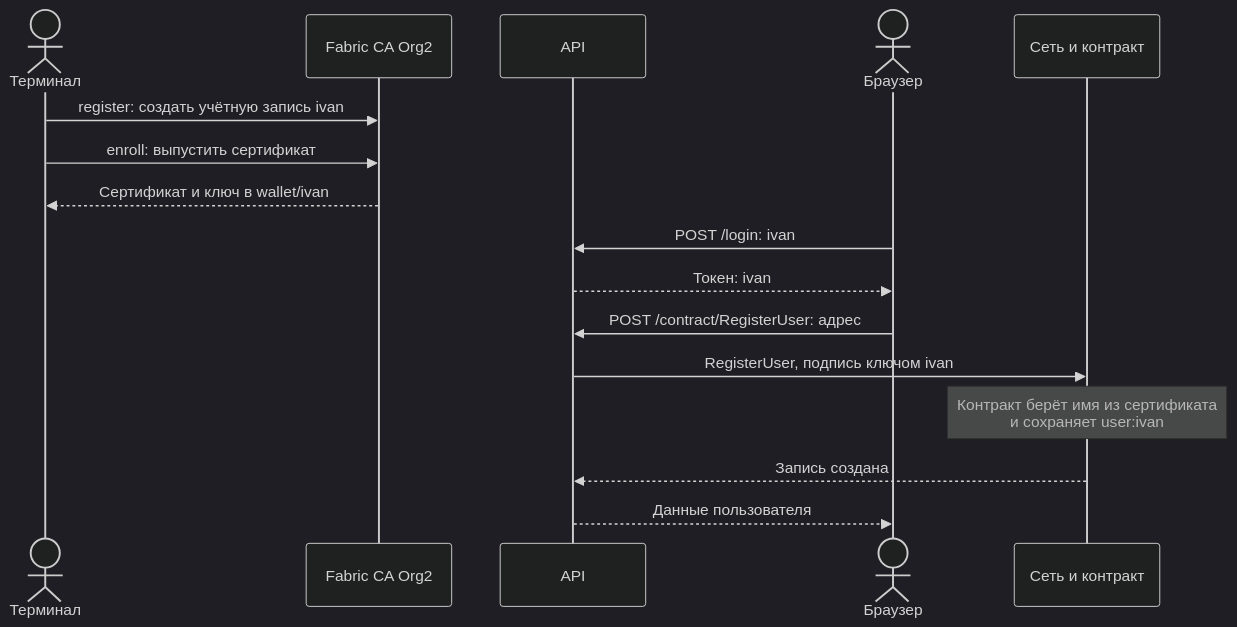
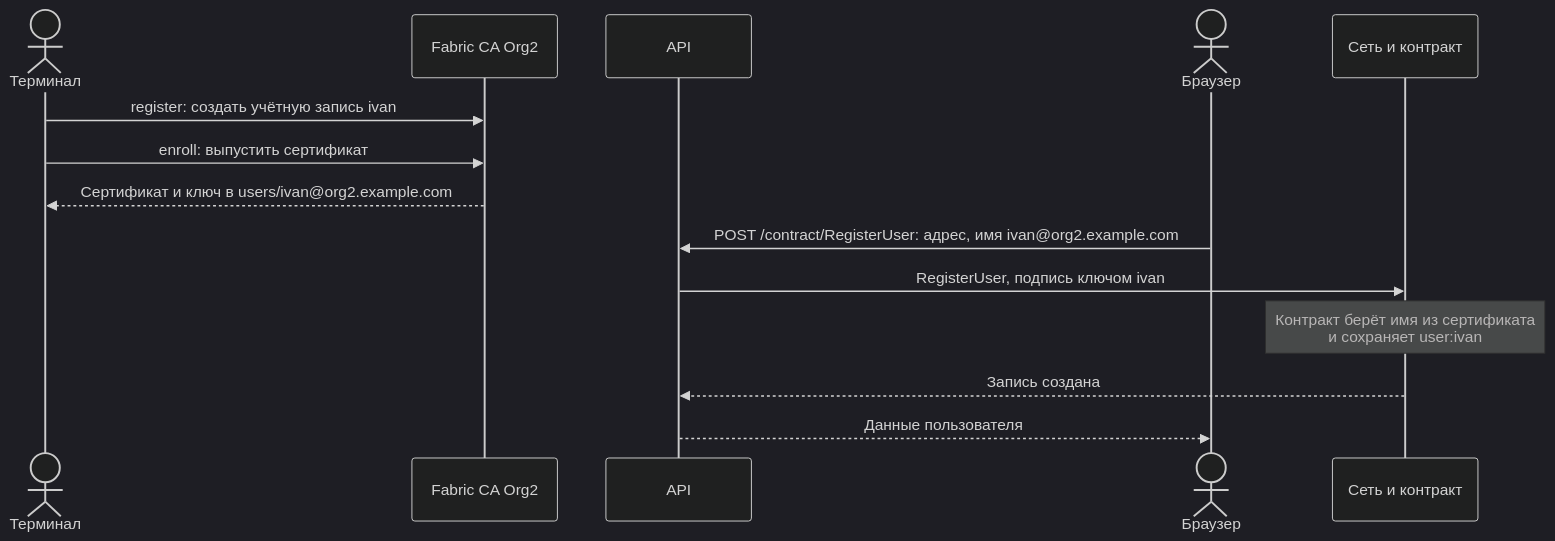
One commit to DmitroZubroni/HyperLadger-strust-and-start changed the sixth of 6 diagrams in ARCHITECTURE.md. Above: the diagram before and after it, drawn with Mermaid (dark theme). The commit also changed other lines of this file and 5 other files, not shown here.

````diff
--- a/ARCHITECTURE.md
+++ b/ARCHITECTURE.md
@@ -271,18 +271,16 @@
 ```mermaid
 sequenceDiagram
   actor T as Терминал
   participant CA as Fabric CA Org2
   participant A as API
   actor U as Браузер
   participant N as Сеть и контракт
   T->>CA: register: создать учётную запись ivan
   T->>CA: enroll: выпустить сертификат
-  CA-->>T: Сертификат и ключ в wallet/ivan
-  U->>A: POST /login: ivan
-  A-->>U: Токен: ivan
-  U->>A: POST /contract/RegisterUser: адрес
+  CA-->>T: Сертификат и ключ в users/ivan@org2.example.com
+  U->>A: POST /contract/RegisterUser: адрес, имя ivan@org2.example.com
   A->>N: RegisterUser, подпись ключом ivan
   Note over N: Контракт берёт имя из сертификата<br/>и сохраняет user:ivan
   N-->>A: Запись создана
   A-->>U: Данные пользователя
 ```
````
